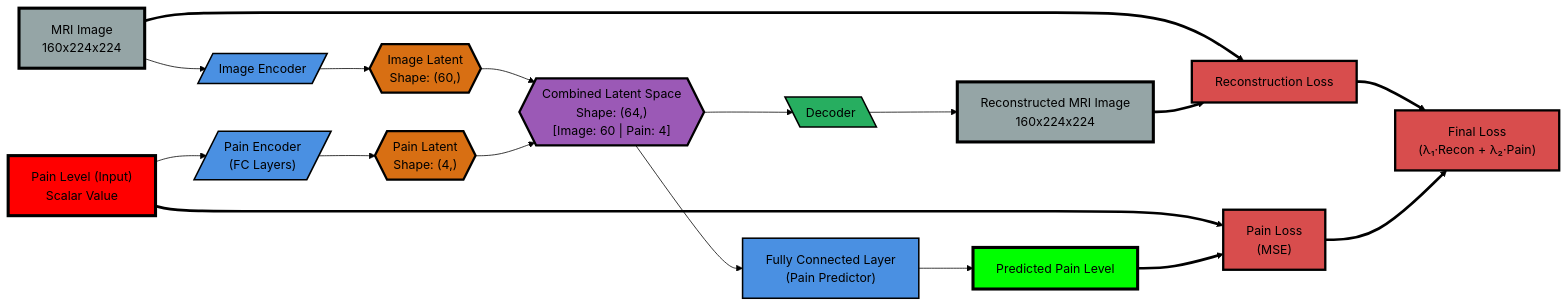
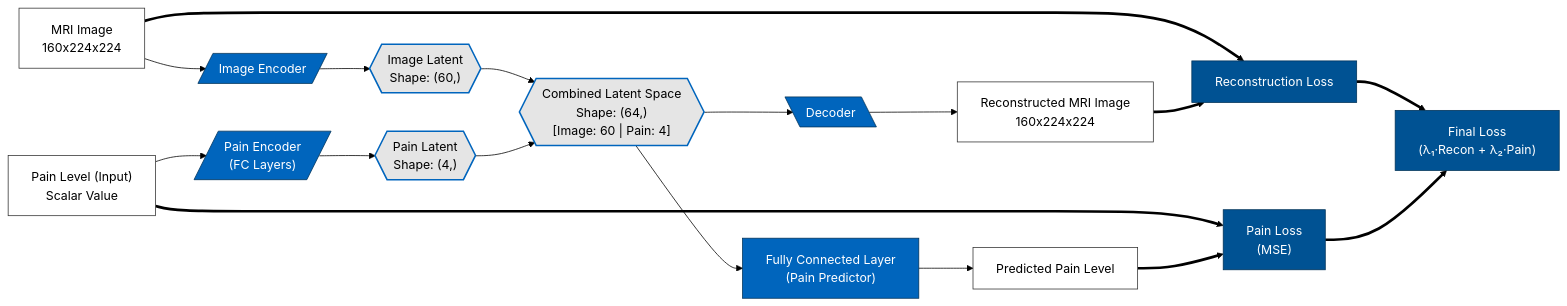
One commit to ulascanzorer/adlm-knee-osteoarthritis changed the diagram in architecture_mermaid_files/autoencoder_pain_updated/autoencoder_pain_updated.md. Above: the diagram before and after it, drawn with Mermaid (forest theme). The commit also changed 6 other files, not shown here.

Commit message:
fix: Modified the color palette of some of the architectural files to match better with the TUM poster template.

````diff
--- a/architecture_mermaid_files/autoencoder_pain_updated/autoencoder_pain_updated.md
+++ b/architecture_mermaid_files/autoencoder_pain_updated/autoencoder_pain_updated.md
@@ -1,81 +1,81 @@
 ```mermaid
 graph LR
     %% Styling for different components
-    classDef encoder fill:#4A90E2,stroke:#000000,stroke-width:2px,color:#000
-    classDef decoder fill:#27AE60,stroke:#000000,stroke-width:2px,color:#000
-    classDef latent fill:#d86f13,stroke:#000000,stroke-width:3px,color:#000
-    classDef input fill:#95A5A6,stroke:#000000,stroke-width:4px,color:#000
-    classDef pain fill:#ff0000,stroke:#000000,stroke-width:4px,color:#000
-    classDef truepain fill:#00ff00,stroke:#000000,stroke-width:4px,color:#000
-    classDef loss fill:#d84d4d,stroke:#000000,stroke-width:3px,color:#000
-    classDef combine fill:#9B59B6,stroke:#000000,stroke-width:3px,color:#000
+    classDef encoder fill:#0065BD,stroke:#003359,stroke-width:1px,color:#fff
+    classDef decoder fill:#0065BD,stroke:#003359,stroke-width:1px,color:#fff
+    classDef latent fill:#E5E5E5,stroke:#0065BD,stroke-width:2px,color:#000
+    classDef input fill:#FFFFFF,stroke:#333333,stroke-width:1px,color:#000
+    classDef pain fill:#FFFFFF,stroke:#333333,stroke-width:1px,color:#000
+    classDef truepain fill:#FFFFFF,stroke:#333333,stroke-width:1px,color:#000
+    classDef loss fill:#005293,stroke:#003359,stroke-width:1px,color:#fff
+    classDef combine fill:#E5E5E5,stroke:#0065BD,stroke-width:2px,color:#000
     
     %% Input Layers
     MRIInput["MRI Image<br/>160x224x224"]
     PainInput["Pain Level (Input)<br/>Scalar Value"]
     
     %% Encoder Branches
     ImageEncoder[/"Image Encoder"/]
     PainEncoder[/"Pain Encoder<br/>(FC Layers)"/]
     
     %% Latent Space Components
     ImageLatent{{"Image Latent<br/>Shape: (60,)"}}
     PainLatent{{"Pain Latent<br/>Shape: (4,)"}}
     CombinedLatent{{"Combined Latent Space<br/>Shape: (64,)<br/>[Image: 60 | Pain: 4]"}}
     
     %% Decoder Branch
     Decoder[\"Decoder"\]
     
     %% Pain Prediction Branch
     PainFC["Fully Connected Layer<br/>(Pain Predictor)"]
     PredictedPain["Predicted Pain Level"]
     
     %% Output Layer
     Output["Reconstructed MRI Image<br/>160x224x224"]
     
     %% Loss Components
     ReconLoss["Reconstruction Loss"]
     PainLoss["Pain Loss<br/>(MSE)"]
     FinalLoss["Final Loss<br/>(λ₁·Recon + λ₂·Pain)"]
     
     %% Connections - Main Flow
     MRIInput --> ImageEncoder
     PainInput --> PainEncoder
     
     ImageEncoder --> ImageLatent
     PainEncoder --> PainLatent
     
     ImageLatent --> CombinedLatent
     PainLatent --> CombinedLatent
     
     CombinedLatent --> Decoder
     CombinedLatent --> PainFC
     
     Decoder --> Output
     PainFC --> PredictedPain
     
     %% Loss Connections
     MRIInput ==> ReconLoss
     Output ==> ReconLoss
     PainInput ==> PainLoss
     PredictedPain ==> PainLoss
     
     ReconLoss ==> FinalLoss
     PainLoss ==> FinalLoss
     
     %% Apply styles
     class MRIInput input
     class PainInput pain
     class ImageEncoder encoder
     class PainEncoder encoder
     class ImageLatent latent
     class PainLatent latent
     class CombinedLatent combine
     class Decoder decoder
     class PainFC encoder
     class Output input
     class PredictedPain truepain
     class ReconLoss loss
     class PainLoss loss
     class FinalLoss loss
 ```
````
